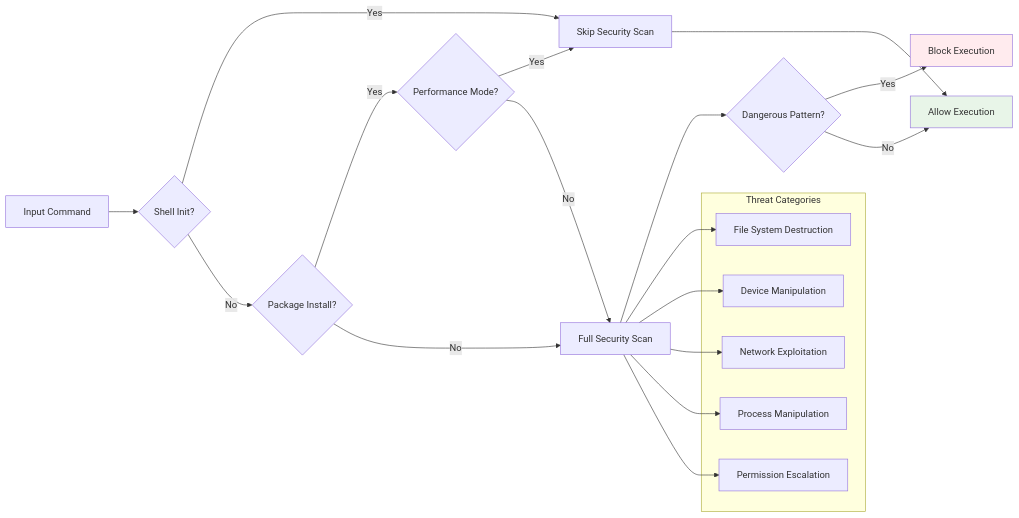
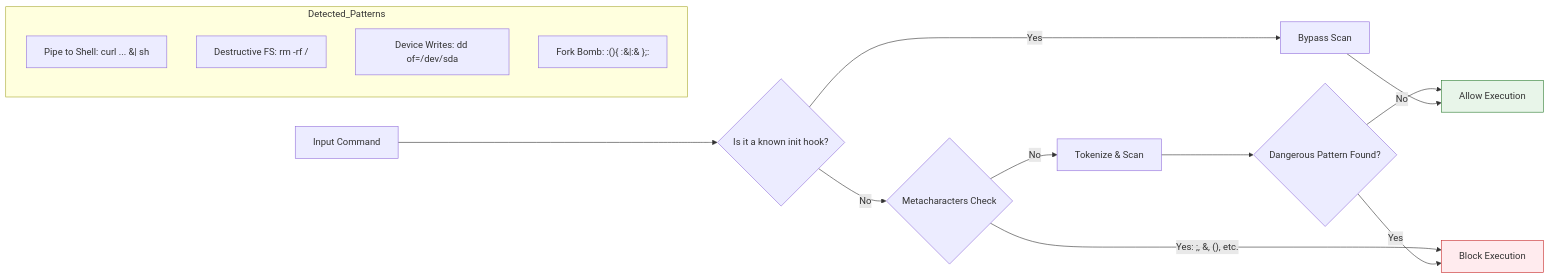
The second of 3 diagrams in docs/ARCHITECTURE.md (Khodaparastan/zcore), drawn with Mermaid before and after one commit. The commit also changed other lines of this file, not shown here.

Commit message:
docs: Revamp Zcore architecture documentation

````diff
--- a/docs/ARCHITECTURE.md
+++ b/docs/ARCHITECTURE.md
@@ -147,31 +79,23 @@
 ```mermaid
 flowchart LR
-    A[Input Command] --> B{Shell Init?}
-    B -->|Yes| C[Skip Security Scan]
-    B -->|No| D{Package Install?}
-    D -->|Yes| E{Performance Mode?}
-    D -->|No| F[Full Security Scan]
-    E -->|Yes| C
-    E -->|No| F
-    F --> G{Dangerous Pattern?}
-    G -->|Yes| H[Block Execution]
-    G -->|No| I[Allow Execution]
-    C --> I
+    A[Input Command] --> B{Is it a known init hook?}
+    B -->|Yes| C[Bypass Scan]
+    B -->|No| D{Metacharacters Check}
+    D -->|"Yes: ;, &, (), etc."| E[Block Execution]
+    D -->|No| F[Tokenize & Scan]
+    F --> G{Dangerous Pattern Found?}
+    subgraph Detected_Patterns
+        direction TB
+        P1[Pipe to Shell: curl ... &#124; sh]
+        P2[Destructive FS: rm -rf /]
+        P3[Device Writes: dd of=/dev/sda]
+  P4["Fork Bomb: :(){ :&#124;:& };:"]
+    end
+    G -->|Yes| E
+    G -->|No| H[Allow Execution]
+    C --> H
 
-    subgraph "Threat Categories"
-        J[File System Destruction]
-        K[Device Manipulation]
-        L[Network Exploitation]
-        M[Process Manipulation]
-        N[Permission Escalation]
-    end
+    style E fill:#ffebee,stroke:#c62828,stroke-width:1px
+    style H fill:#e8f5e9,stroke:#2e7d32,stroke-width:1px
 
-    F --> J
-    F --> K
-    F --> L
-    F --> M
-    F --> N
-
-    style H fill:#ffebee
-    style I fill:#e8f5e8
 ```
````
